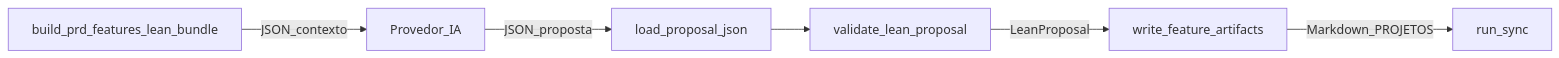
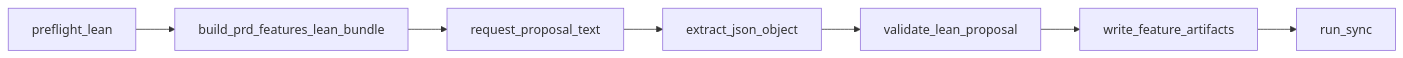
One commit to davidcantidio/npbb changed the diagram in .cursor/plans/adr_fluxo_lean_ia_d2f47c4f.plan.md. Above: the diagram before and after it, drawn with Mermaid. The commit also changed other lines of this file and 56 other files, not shown here.

````diff
--- a/.cursor/plans/adr_fluxo_lean_ia_d2f47c4f.plan.md
+++ b/.cursor/plans/adr_fluxo_lean_ia_d2f47c4f.plan.md
@@ -86,15 +169,17 @@
 ```mermaid
 flowchart LR
+  pre[preflight_lean]
   bundle[build_prd_features_lean_bundle]
-  ia[Provedor_IA]
-  parse[load_proposal_json]
+  prov[request_proposal_text]
+  ext[extract_json_object]
   val[validate_lean_proposal]
-  render[write_feature_artifacts]
-  sync[run_sync]
+  ren[write_feature_artifacts]
+  syn[run_sync]
 
-  bundle -->|JSON_contexto| ia
-  ia -->|JSON_proposta| parse
-  parse --> val
-  val -->|LeanProposal| render
-  render -->|Markdown_PROJETOS| sync
+  pre --> bundle
+  bundle --> prov
+  prov --> ext
+  ext --> val
+  val --> ren
+  ren --> syn
 ```
````
